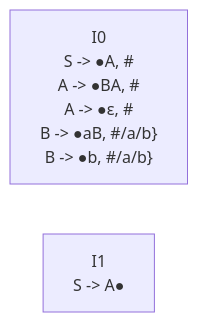
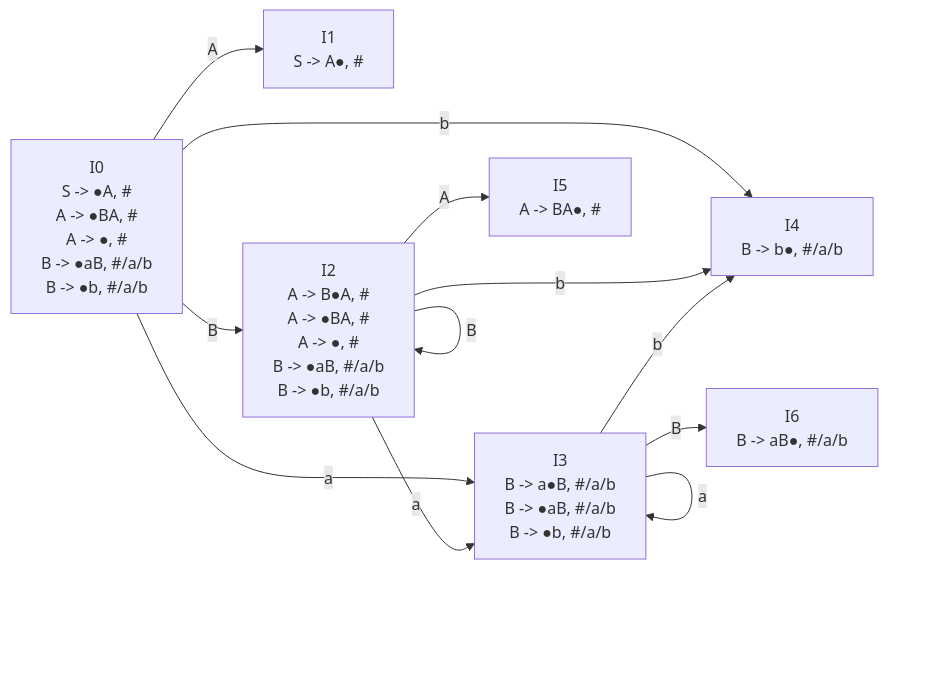
The diagram in homework/homework2.md (SunDocker/CompilationPrinciple), drawn with Mermaid before and after one commit. The commit also changed other lines of this file and 1 other file, not shown here.

````diff
--- a/homework/homework2.md
+++ b/homework/homework2.md
@@ -23,5 +31,21 @@
 ```mermaid
 graph LR
-	1["I0<br>S -> ●A, #<br>A -> ●BA, #<br>A -> ●ε, #<br>B -> ●aB, #/a/b}<br>B -> ●b, #/a/b}"]
-	2["I1<br>S -> A●"]
+	0["I0<br>S -> ●A, #<br>A -> ●BA, #<br>A -> ●, #<br>B -> ●aB, #/a/b<br>B -> ●b, #/a/b"]
+	1["I1<br>S -> A●, #"]
+	2["I2<br>A -> B●A, #<br>A -> ●BA, #<br>A -> ●, #<br>B -> ●aB, #/a/b<br>B -> ●b, #/a/b"]
+	3["I3<br>B -> a●B, #/a/b<br>B -> ●aB, #/a/b<br>B -> ●b, #/a/b"]
+	4["I4<br>B -> b●, #/a/b"]
+	5["I5<br>A -> BA●, #<br>"]
+	6["I6<br>B -> aB●, #/a/b"]
+	0--A-->1
+	0--B-->2
+	0--a-->3
+	0--b-->4
+	2--A-->5
+	2--B-->2
+	2--a-->3
+	2--b-->4
+	3--B-->6
+	3--a-->3
+	3--b-->4
 ```
````
